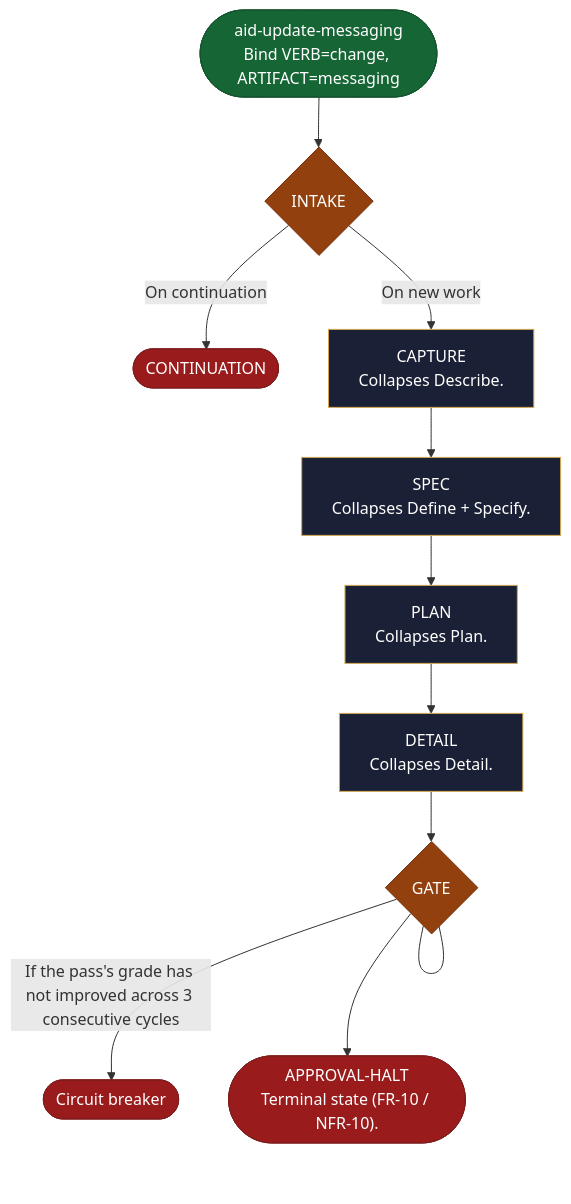
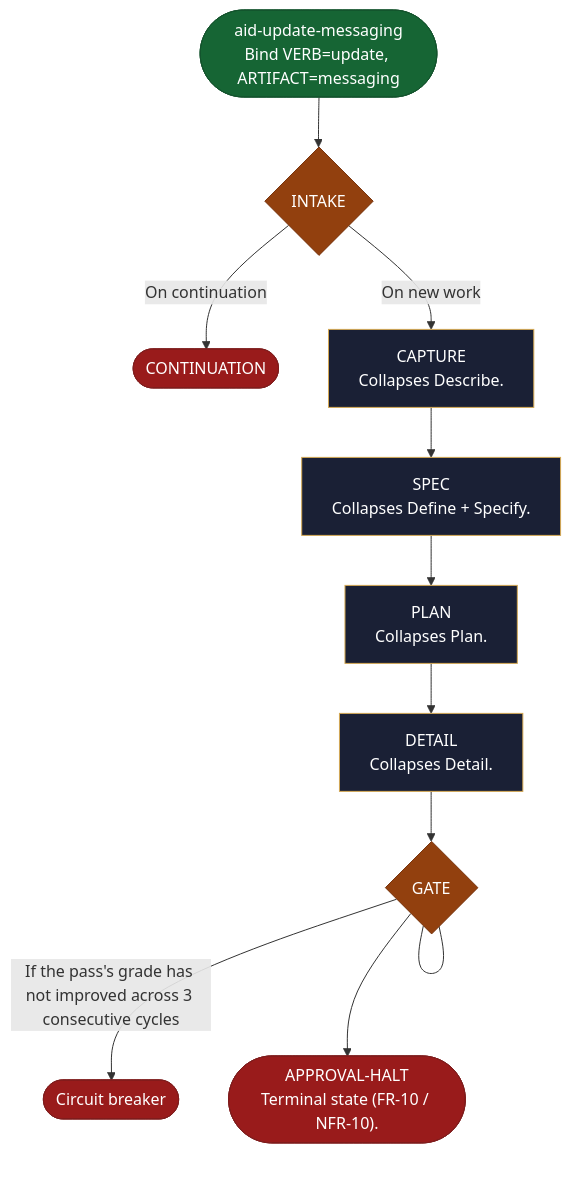
The diagram in site/src/content/docs/skills/aid-update-messaging.md (AndreVianna/aid-methodology), drawn with Mermaid before and after one commit. The commit also changed other lines of this file and 99 other files, not shown here.

````diff
--- a/site/src/content/docs/skills/aid-update-messaging.md
+++ b/site/src/content/docs/skills/aid-update-messaging.md
@@ -20,49 +20,49 @@
 ```mermaid
 flowchart TB
   classDef aidNode color:#fff
   classDef aidEntry fill:#166534,stroke:#14532d,color:#fff
   classDef aidExit fill:#991b1b,stroke:#7f1d1d,color:#fff
   classDef aidDecision fill:#92400e,stroke:#78350f,color:#fff
   classDef aidLoopBack fill:#1e3a8a,stroke:#1e3a8a,color:#fff
   classDef aidStep fill:#1a2035,stroke:#d4a853,color:#f1f5f9
-  n1(["aid-update-messaging<br/>Bind VERB=change, ARTIFACT=messaging"])
+  n1(["aid-update-messaging<br/>Bind VERB=update, ARTIFACT=messaging"])
   n2{"INTAKE"}
   n3(["CONTINUATION"])
   n4["CAPTURE<br/>Collapses Describe."]
   n5["SPEC<br/>Collapses Define + Specify."]
   n6["PLAN<br/>Collapses Plan."]
   n7["DETAIL<br/>Collapses Detail."]
   n8{"GATE"}
   n9(["Circuit breaker"])
   n10(["APPROVAL-HALT<br/>Terminal state (FR-10 / NFR-10)."])
   n1 --> n2
   n2 -->|"On continuation"| n3
   n2 -->|"On new work"| n4
   n4 --> n5
   n5 --> n6
   n6 --> n7
   n7 --> n8
   n8 --- n8
   n8 -->|"If the pass's grade has not improved across 3 consecutive cycles"| n9
   n8 --> n10
   class n1 aidEntry
   class n2 aidDecision
   class n3 aidExit
   class n4 aidStep
   class n5 aidStep
   class n6 aidStep
   class n7 aidStep
   class n8 aidDecision
   class n9 aidExit
   class n10 aidExit
   class n1 aidNode
   class n2 aidNode
   class n3 aidNode
   class n4 aidNode
   class n5 aidNode
   class n6 aidNode
   class n7 aidNode
   class n8 aidNode
   class n9 aidNode
   class n10 aidNode
 ```
````
